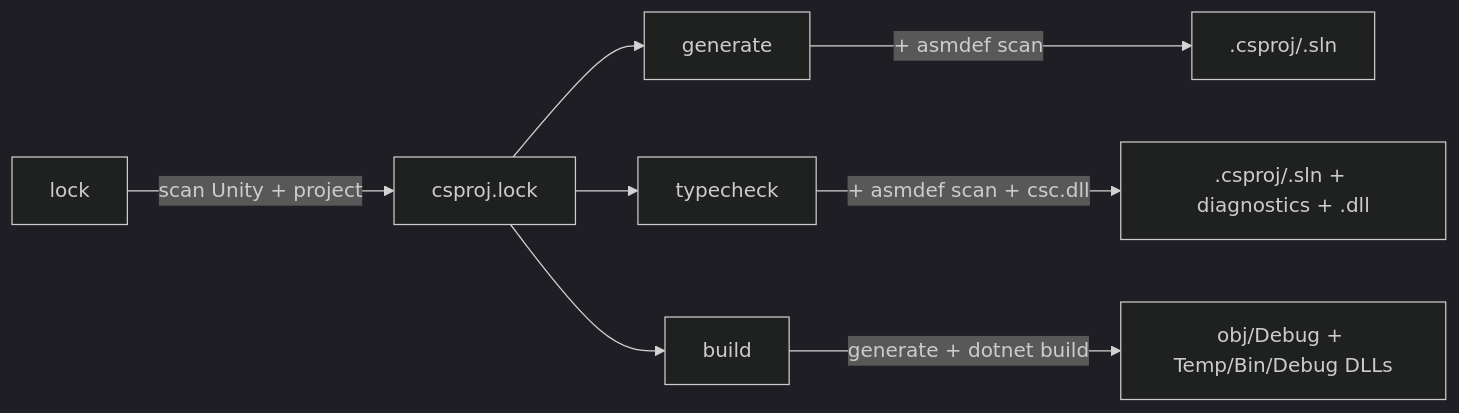
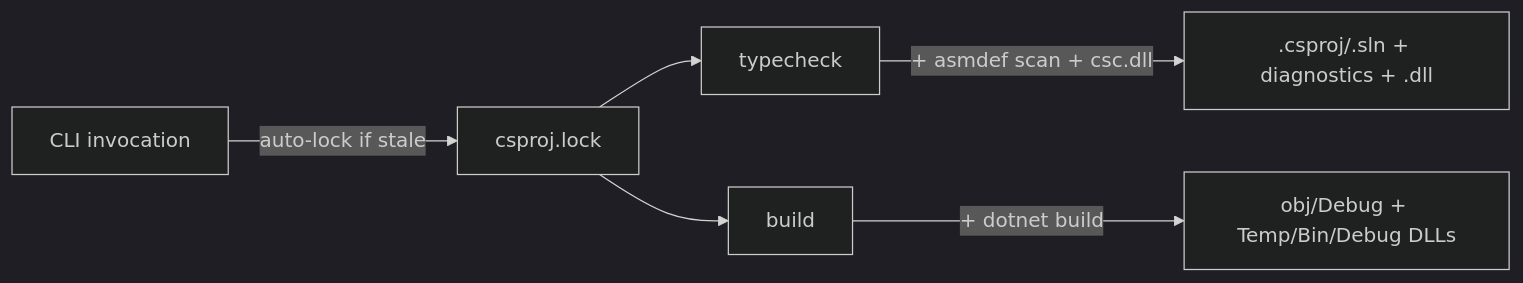
Before and after one commit to studio-boxcat/unity-solution-generator: the diagram in CLAUDE.md, drawn with Mermaid (dark theme). The commit also changed other lines of this file and 6 other files, not shown here.

First line of the commit message:
cli: drop standalone `lock` and `generate` subcommands

````diff
--- a/CLAUDE.md
+++ b/CLAUDE.md
@@ -91,10 +93,8 @@
 ```mermaid
 graph LR
-    A[lock] -->|scan Unity + project| B[csproj.lock]
-    B --> C[generate]
+    inv[CLI invocation] -->|auto-lock if stale| B[csproj.lock]
     B --> T[typecheck]
     B --> X[build]
-    C -->|+ asmdef scan| D[.csproj/.sln]
     T -->|+ asmdef scan + csc.dll| E[.csproj/.sln + diagnostics + .dll]
-    X -->|generate + dotnet build| F[obj/Debug + Temp/Bin/Debug DLLs]
+    X -->|+ dotnet build| F[obj/Debug + Temp/Bin/Debug DLLs]
 ```
````
